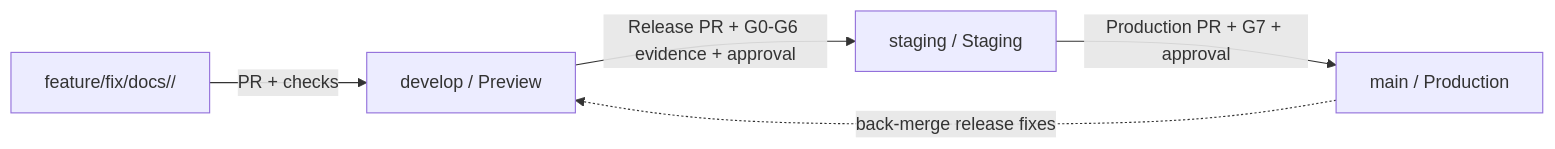
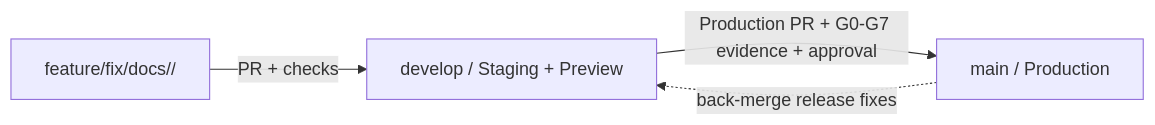
One commit to Y4NN777/226os changed the diagram in docs/GIT_WORKFLOW.md. Above: the diagram before and after it, drawn with Mermaid. The commit also changed other lines of this file and 6 other files, not shown here.

Commit message:
docs: simplify staging and production promotion

````diff
--- a/docs/GIT_WORKFLOW.md
+++ b/docs/GIT_WORKFLOW.md
@@ -45,7 +44,6 @@
 ```mermaid
 graph LR
-  W[feature/fix/docs/<domain>/<name>] -->|PR + checks| D[develop / Preview]
-  D -->|Release PR + G0-G6 evidence + approval| S[staging / Staging]
-  S -->|Production PR + G7 + approval| M[main / Production]
+  W[feature/fix/docs/<domain>/<name>] -->|PR + checks| D[develop / Staging + Preview]
+  D -->|Production PR + G0-G7 evidence + approval| M[main / Production]
   M -.->|back-merge release fixes| D
 ```
````
